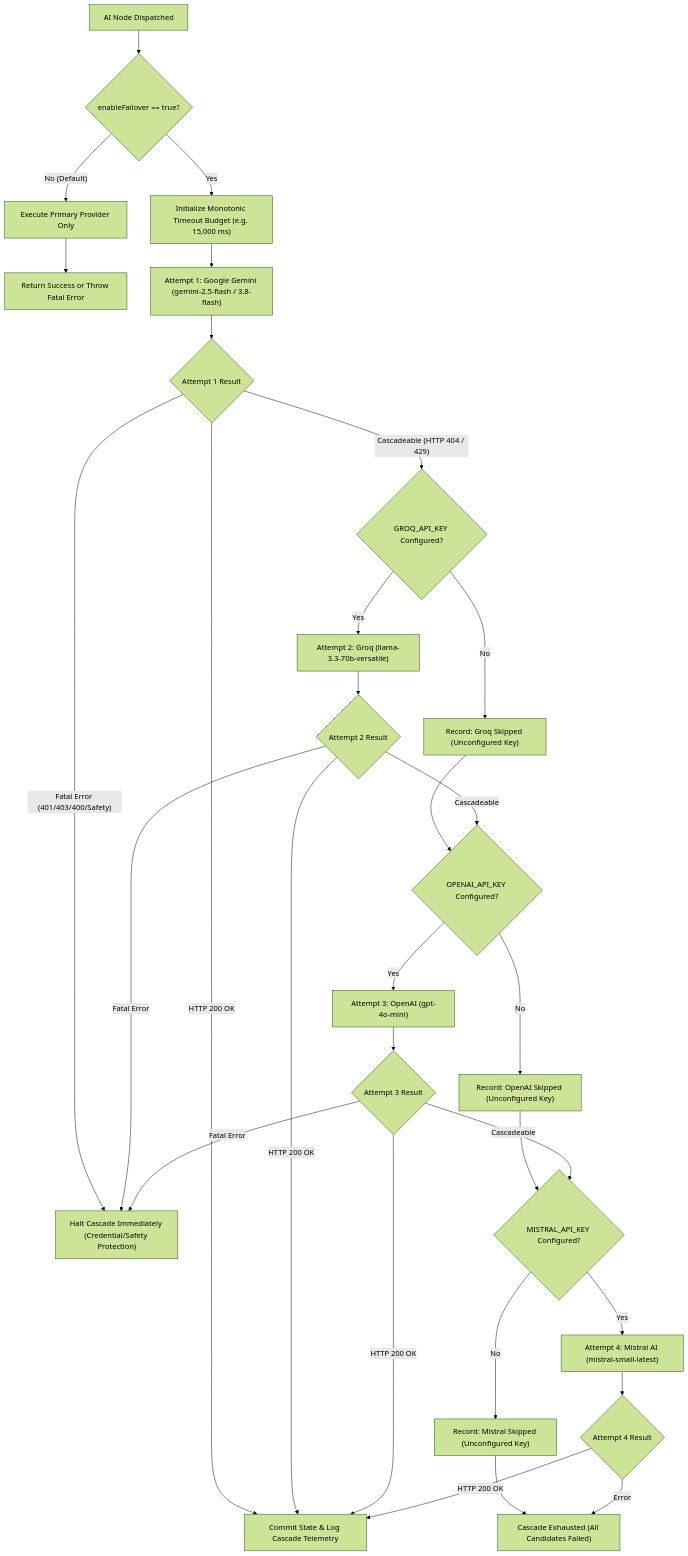
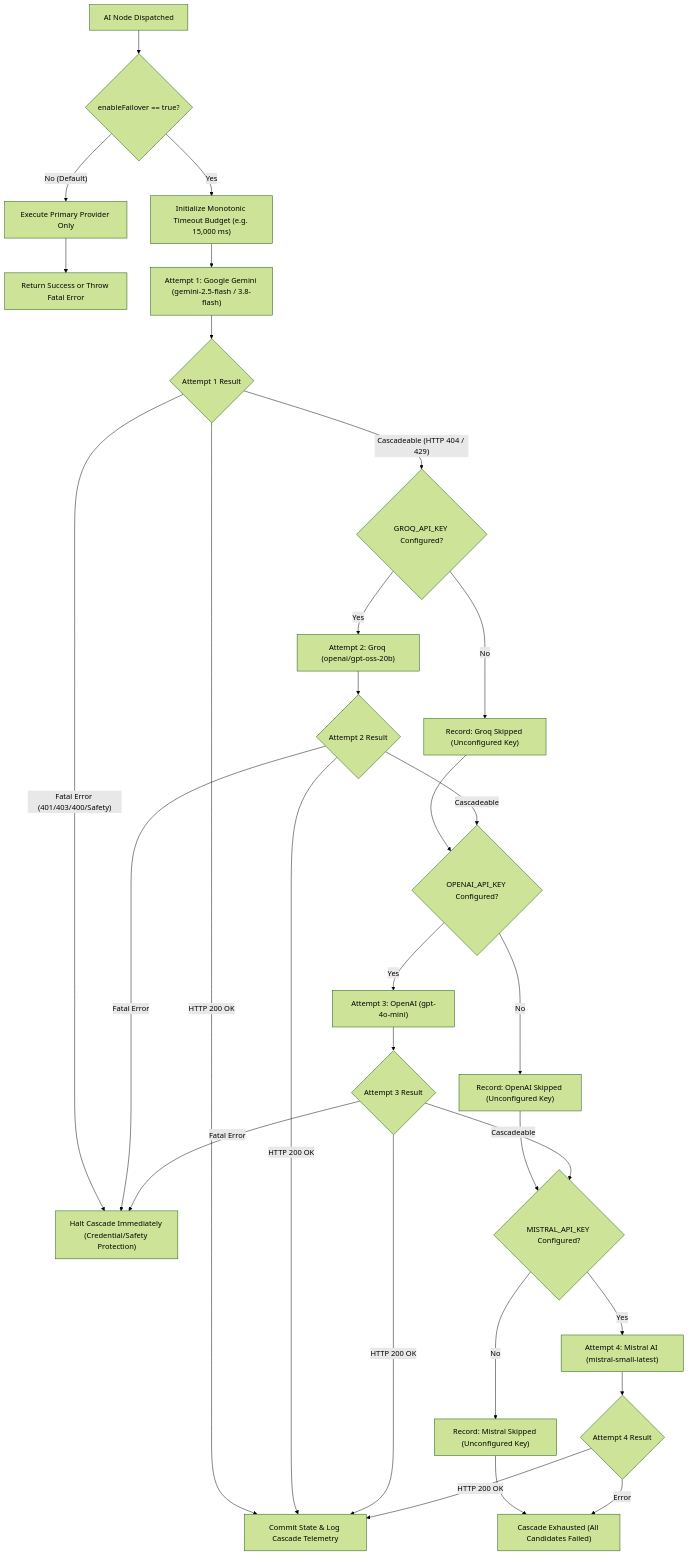
The third of 6 diagrams in docs/ARCHITECTURE.md (DivyanshuG23/flowforge-ai), drawn with Mermaid (forest theme) before and after one commit. The commit also changed other lines of this file and 1 other file, not shown here.

Commit message:
docs: finalize portfolio and architecture documentation

````diff
--- a/docs/ARCHITECTURE.md
+++ b/docs/ARCHITECTURE.md
@@ -142,38 +142,38 @@
 ```mermaid
 flowchart TD
     Start["AI Node Dispatched"] --> OptIn{"enableFailover == true?"}
     
     OptIn -- "No (Default)" --> Single["Execute Primary Provider Only"]
     Single --> SingleDone["Return Success or Throw Fatal Error"]
     
     OptIn -- "Yes" --> Init["Initialize Monotonic Timeout Budget (e.g. 15,000 ms)"]
     Init --> P1["Attempt 1: Google Gemini (gemini-2.5-flash / 3.8-flash)"]
     
     P1 --> Eval1{"Attempt 1 Result"}
     Eval1 -- "HTTP 200 OK" --> Success["Commit State & Log Cascade Telemetry"]
     Eval1 -- "Fatal Error (401/403/400/Safety)" --> Fatal["Halt Cascade Immediately (Credential/Safety Protection)"]
     Eval1 -- "Cascadeable (HTTP 404 / 429)" --> CheckP2{"GROQ_API_KEY Configured?"}
     
     CheckP2 -- "No" --> SkipP2["Record: Groq Skipped (Unconfigured Key)"] --> CheckP3{"OPENAI_API_KEY Configured?"}
-    CheckP2 -- "Yes" --> P2["Attempt 2: Groq (llama-3.3-70b-versatile)"]
+    CheckP2 -- "Yes" --> P2["Attempt 2: Groq (openai/gpt-oss-20b)"]
     
     P2 --> Eval2{"Attempt 2 Result"}
     Eval2 -- "HTTP 200 OK" --> Success
     Eval2 -- "Fatal Error" --> Fatal
     Eval2 -- "Cascadeable" --> CheckP3
     
     CheckP3 -- "No" --> SkipP3["Record: OpenAI Skipped (Unconfigured Key)"] --> CheckP4{"MISTRAL_API_KEY Configured?"}
     CheckP3 -- "Yes" --> P3["Attempt 3: OpenAI (gpt-4o-mini)"]
     
     P3 --> Eval3{"Attempt 3 Result"}
     Eval3 -- "HTTP 200 OK" --> Success
     Eval3 -- "Fatal Error" --> Fatal
     Eval3 -- "Cascadeable" --> CheckP4
     
     CheckP4 -- "No" --> SkipP4["Record: Mistral Skipped (Unconfigured Key)"] --> Exhausted["Cascade Exhausted (All Candidates Failed)"]
     CheckP4 -- "Yes" --> P4["Attempt 4: Mistral AI (mistral-small-latest)"]
     
     P4 --> Eval4{"Attempt 4 Result"}
     Eval4 -- "HTTP 200 OK" --> Success
     Eval4 -- "Error" --> Exhausted
 ```
````
